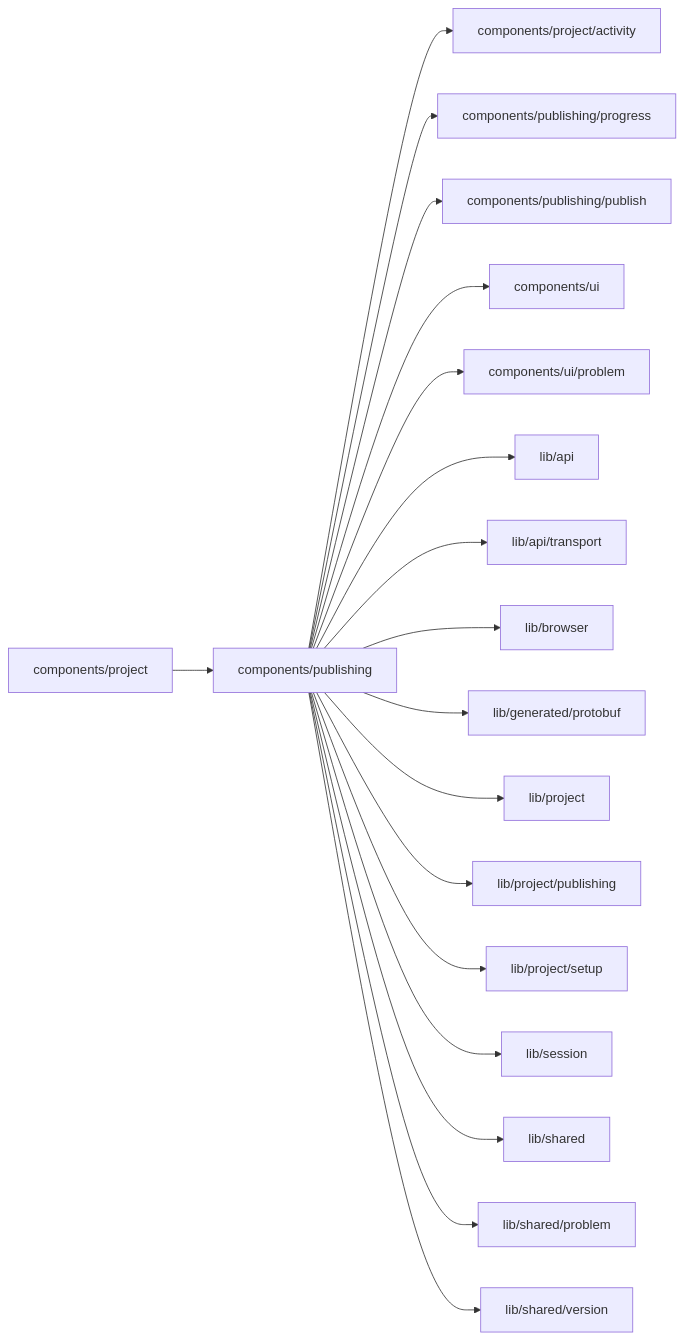
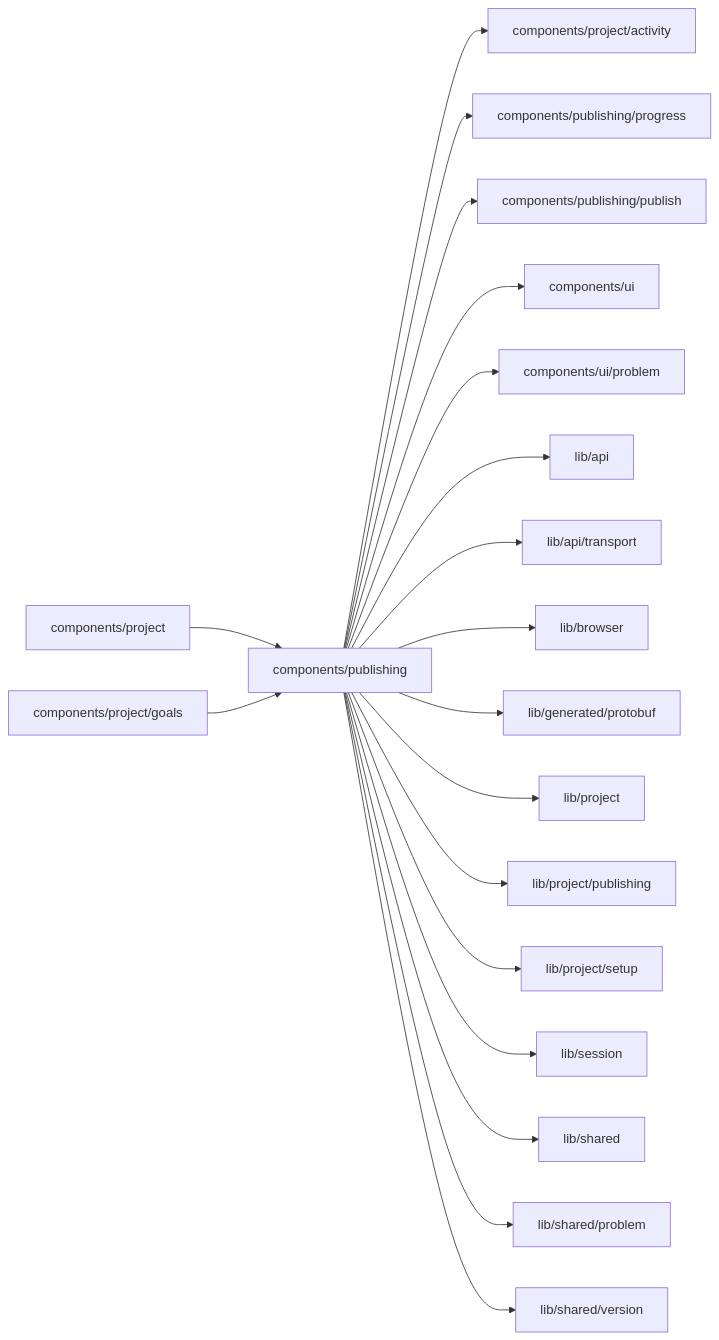
Before and after one commit to superdurable/superverse: the diagram in web/studio/components/publishing/README.md, drawn with Mermaid. The commit also changed other lines of this file and 145 other files, not shown here.

````diff
--- a/web/studio/components/publishing/README.md
+++ b/web/studio/components/publishing/README.md
@@ -10,21 +10,22 @@
 ```mermaid
 flowchart LR
   self["components/publishing"]
   c0["components/project"] --> self
+  c1["components/project/goals"] --> self
   self --> d0["components/project/activity"]
   self --> d1["components/publishing/progress"]
   self --> d2["components/publishing/publish"]
   self --> d3["components/ui"]
   self --> d4["components/ui/problem"]
   self --> d5["lib/api"]
   self --> d6["lib/api/transport"]
   self --> d7["lib/browser"]
   self --> d8["lib/generated/protobuf"]
   self --> d9["lib/project"]
   self --> d10["lib/project/publishing"]
   self --> d11["lib/project/setup"]
   self --> d12["lib/session"]
   self --> d13["lib/shared"]
   self --> d14["lib/shared/problem"]
   self --> d15["lib/shared/version"]
 ```
````
